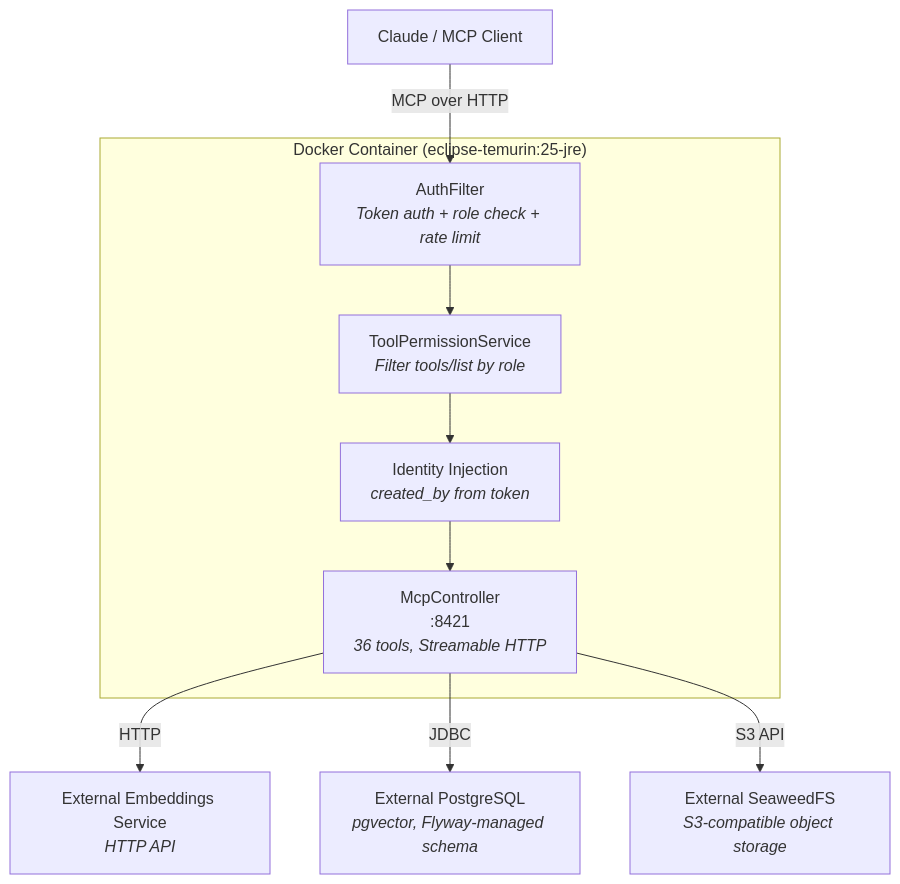
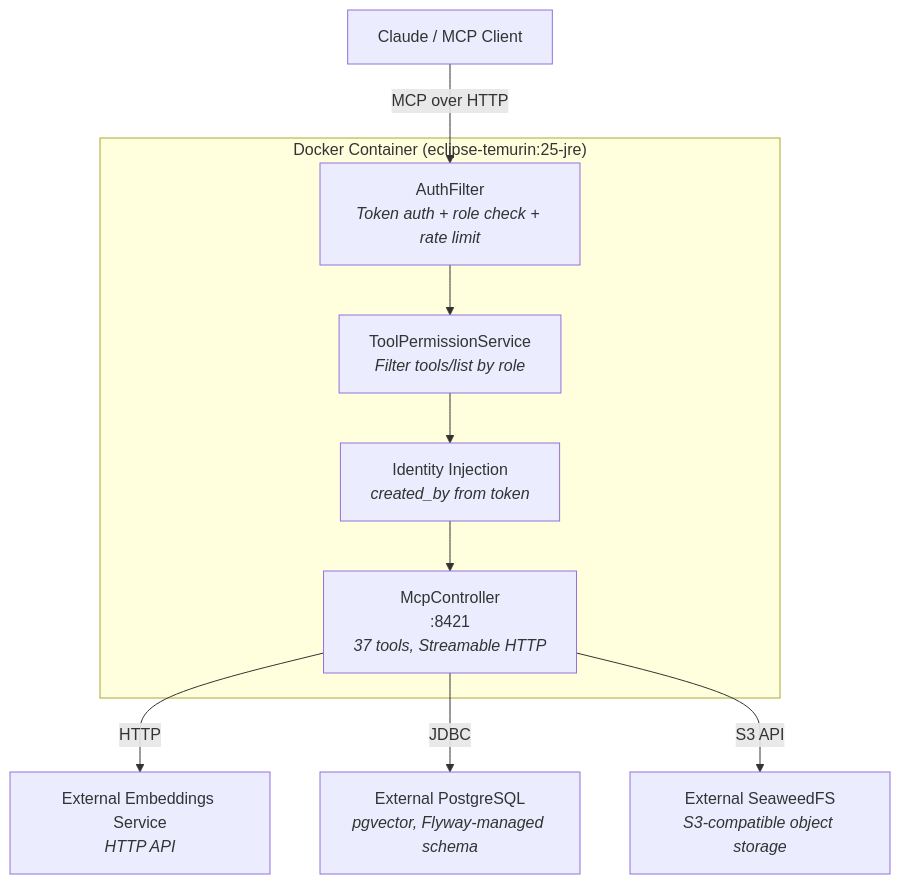
One commit to ufelmann/HiveMem changed the first of 2 diagrams in documentation/architecture.md. Above: the diagram before and after it, drawn with Mermaid. The commit also changed other lines of this file and 16 other files, not shown here.

````diff
--- a/documentation/architecture.md
+++ b/documentation/architecture.md
@@ -3,23 +3,23 @@
 ```mermaid
 graph TB
     Client["Claude / MCP Client"]
 
     subgraph Container["Docker Container (eclipse-temurin:25-jre)"]
         Auth["AuthFilter<br/><i>Token auth + role check + rate limit</i>"]
         ToolGate["ToolPermissionService<br/><i>Filter tools/list by role</i>"]
         Identity["Identity Injection<br/><i>created_by from token</i>"]
-        MCP["McpController<br/>:8421<br/><i>36 tools, Streamable HTTP</i>"]
+        MCP["McpController<br/>:8421<br/><i>37 tools, Streamable HTTP</i>"]
     end
 
     EmbSvc["External Embeddings Service<br/><i>HTTP API</i>"]
     PG["External PostgreSQL<br/><i>pgvector, Flyway-managed schema</i>"]
     SeaweedFS["External SeaweedFS<br/><i>S3-compatible object storage</i>"]
 
     Client -->|"MCP over HTTP"| Auth
     Auth --> ToolGate
     ToolGate --> Identity
     Identity --> MCP
     MCP -->|"HTTP"| EmbSvc
     MCP -->|"JDBC"| PG
     MCP -->|"S3 API"| SeaweedFS
 ```
````
